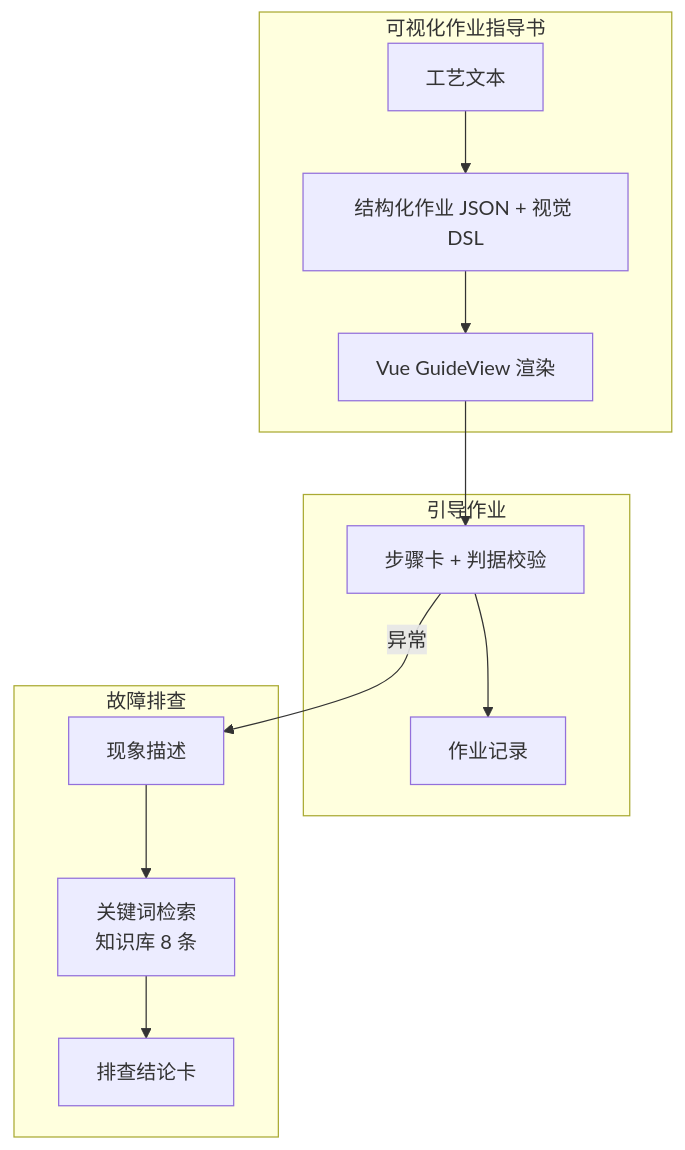
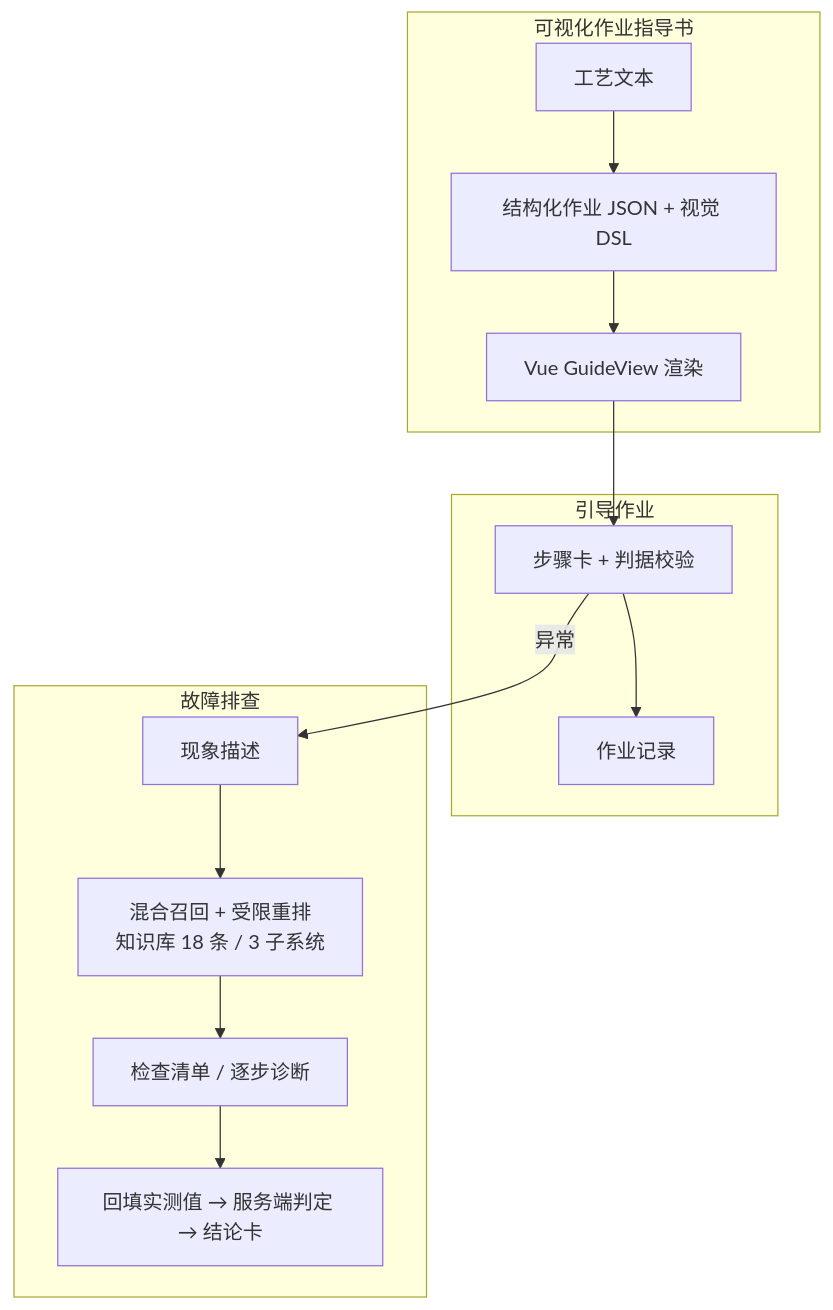
The fourth of 4 diagrams in docs/ARCHITECTURE.md (wenjian465276871-arch/matrix-hub), drawn with Mermaid before and after one commit. The commit also changed other lines of this file and 31 other files, not shown here.

````diff
--- a/docs/ARCHITECTURE.md
+++ b/docs/ARCHITECTURE.md
@@ -168,16 +185,17 @@
 ```mermaid
 flowchart TB
   subgraph A2[可视化作业指导书]
     T[工艺文本] --> J[结构化作业 JSON + 视觉 DSL]
     J --> R[Vue GuideView 渲染]
   end
   subgraph A1[引导作业]
     R --> G[步骤卡 + 判据校验]
     G --> REC[作业记录]
   end
   subgraph B[故障排查]
-    P[现象描述] --> K[关键词检索<br/>知识库 8 条]
-    K --> D2[排查结论卡]
+    P[现象描述] --> K[混合召回 + 受限重排<br/>知识库 18 条 / 3 子系统]
+    K --> D2[检查清单 / 逐步诊断]
+    D2 --> C2[回填实测值 → 服务端判定 → 结论卡]
   end
   G -->|异常| P
 ```
````
